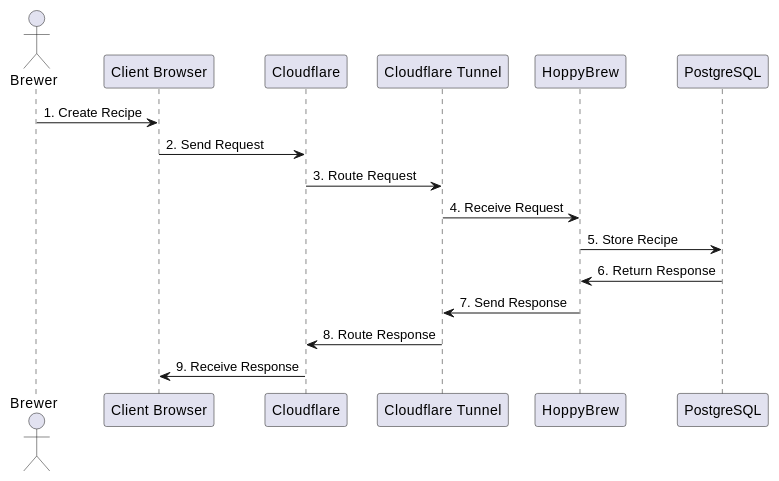
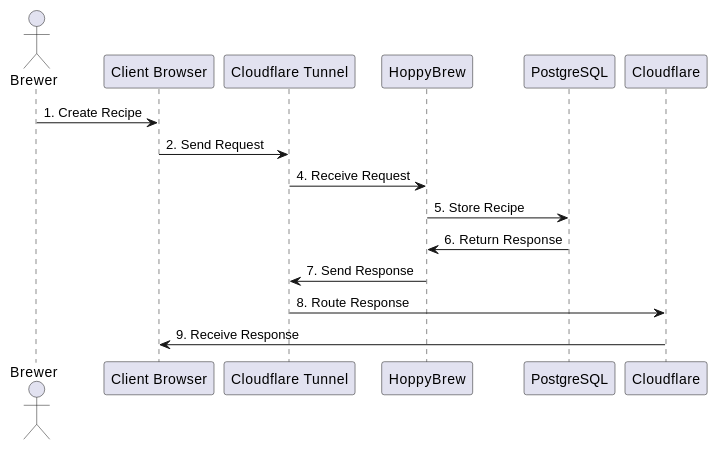
The sixth of 6 diagrams in documents/01-Conception-Phase/00-HoppyBrew.md (asbor/iu-project-software-engineering), drawn with PlantUML before and after one commit. The commit also changed 3 other files, not shown here.

```diff
--- a/documents/01-Conception-Phase/00-HoppyBrew.md
+++ b/documents/01-Conception-Phase/00-HoppyBrew.md
@@ -713,20 +713,18 @@
 @startuml 06-Runtime-View-CRUD-Recipe
 
 actor Brewer as Brewer
 participant "Client Browser" as ClientBrowser
-participant "Cloudflare" as Cloudflare
 participant "Cloudflare Tunnel" as CloudflareTunnel
 participant "HoppyBrew" as HoppyBrew
 participant "PostgreSQL" as PostgreSQL
 
 Brewer -> ClientBrowser : 1. Create Recipe
-ClientBrowser -> Cloudflare : 2. Send Request
-Cloudflare -> CloudflareTunnel : 3. Route Request
+ClientBrowser -> CloudflareTunnel : 2. Send Request
 CloudflareTunnel -> HoppyBrew : 4. Receive Request
 HoppyBrew -> PostgreSQL : 5. Store Recipe
 PostgreSQL -> HoppyBrew : 6. Return Response
 HoppyBrew -> CloudflareTunnel : 7. Send Response
 CloudflareTunnel -> Cloudflare : 8. Route Response
 Cloudflare -> ClientBrowser : 9. Receive Response
 
 @enduml
```
